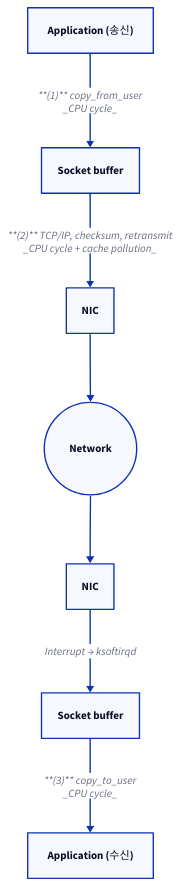
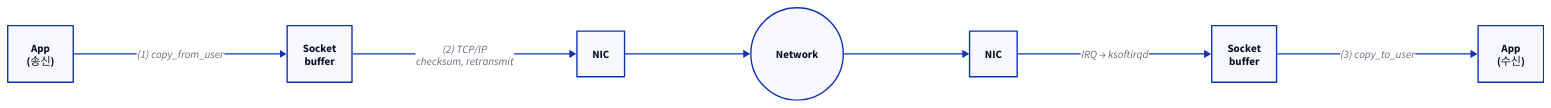
Before and after one commit to humbleowl39/DV_SKOOL: the fifth of 7 diagrams in topics/rdma/docs/01_rdma_motivation.md, drawn with D2. The commit also changed 29 other files, not shown here.

First line of the commit message:
D2 SVG 사이즈 제한 + 잔여 mermaid (legacy 포함) 모두 D2 로 변환

````diff
--- a/topics/rdma/docs/01_rdma_motivation.md
+++ b/topics/rdma/docs/01_rdma_motivation.md
@@ -353,17 +353,18 @@
 ```d2
-direction: down
+direction: right
 
-AppS: "Application (송신)"
-SBS: "Socket buffer"
-NICS: "NIC"
-NET: "Network" { shape: circle }
-NICR: "NIC"
-SBR: "Socket buffer"
-AppR: "Application (수신)"
-AppS -> SBS: "**(1)** copy_from_user\n_CPU cycle_"
-SBS -> NICS: "**(2)** TCP/IP, checksum, retransmit\n_CPU cycle + cache pollution_"
+AppS: "App\n(송신)"
+SBS: "Socket\nbuffer"
+NICS: NIC
+NET: Network { shape: circle }
+NICR: NIC
+SBR: "Socket\nbuffer"
+AppR: "App\n(수신)"
+
+AppS -> SBS: "(1) copy_from_user"
+SBS -> NICS: "(2) TCP/IP\nchecksum, retransmit"
 NICS -> NET
 NET -> NICR
-NICR -> SBR: "Interrupt → ksoftirqd"
-SBR -> AppR: "**(3)** copy_to_user\n_CPU cycle_"
+NICR -> SBR: "IRQ → ksoftirqd"
+SBR -> AppR: "(3) copy_to_user"
 ```
````
